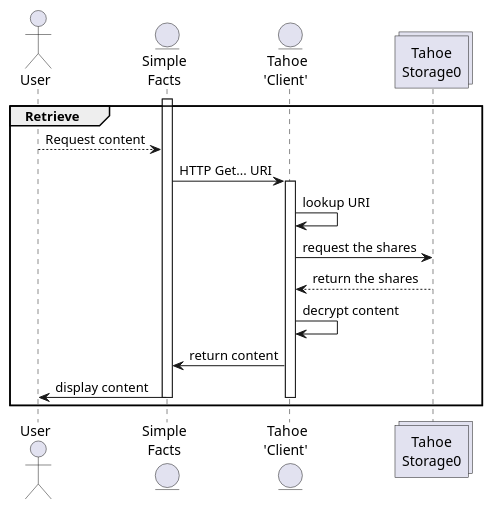
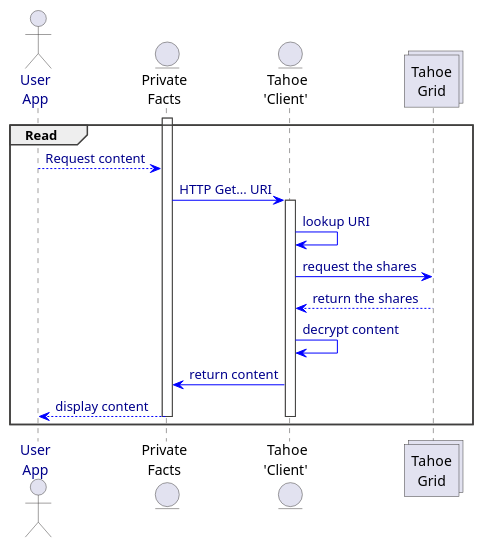
The diagram in docs/source/retrieve_content.puml (blaisep/private_facts), drawn with PlantUML before and after one commit. The commit also changed 3 other files, not shown here.

First line of the commit message:
Update diagrams and move content

```diff
--- a/docs/source/retrieve_content.puml
+++ b/docs/source/retrieve_content.puml
@@ -1,23 +1,33 @@
 @startuml
-skinparam Shadowing false
+<style>
+    Element {
+        LineColor : #403f3e; }
+    sequenceDiagram {
+        actor {
+          FontColor: darkblue;
+        }
+      arrow {
+      FontColor: darkblue;
+      LineColor: blue;
+        }
+</style>
+actor "User\nApp" as user
+entity "Private\nFacts" as app
+entity "Tahoe\n'Client' " as tahoe
+collections "Tahoe\nGrid" as disk
 
-actor "User" as user
-entity "Simple\nFacts" as app
-entity "Tahoe\n'Client' " as tahoe
-collections "Tahoe\nStorage0" as disk
-
-group Retrieve
+group Read
 activate app
 user --> app : Request content
 app -> tahoe : HTTP Get... URI
     activate tahoe
     tahoe -> tahoe : lookup URI
     tahoe ->  disk : request the shares
     tahoe <--  disk : return the shares
     tahoe -> tahoe : decrypt content
     tahoe -> app : return content
-    app -> user : display content
+    app --> user : display content
     deactivate tahoe
 deactivate app
 end
 @enduml
```
